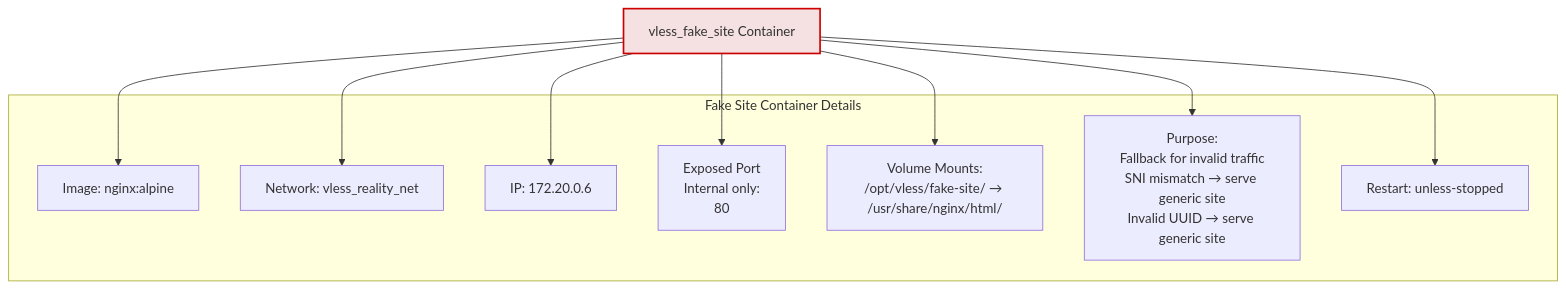
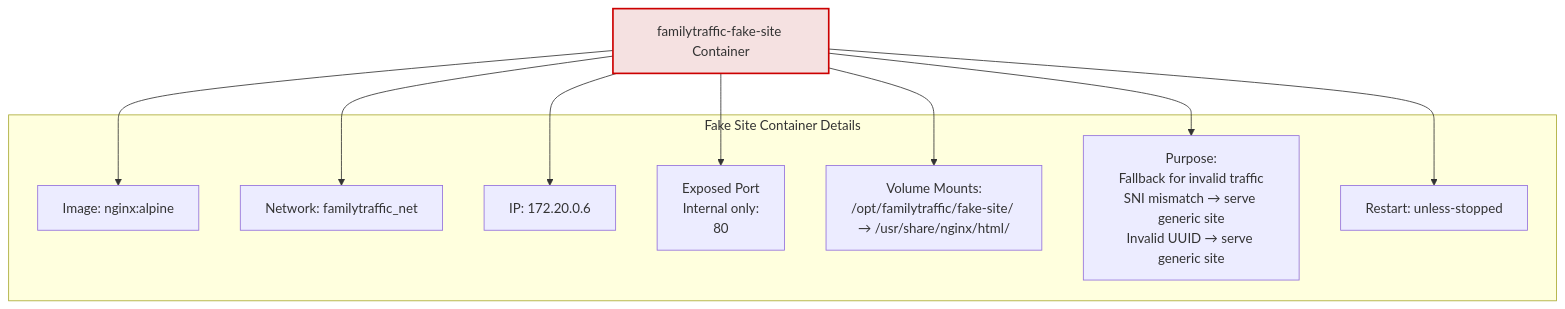
One commit to ikeniborn/vless changed the sixth of 10 diagrams in docs/architecture/diagrams/deployment/docker-topology.md. Above: the diagram before and after it, drawn with Mermaid. The commit also changed other lines of this file and 66 other files, not shown here.

First line of the commit message:
refactor(rename): replace old project name 'vless' with 'familytraffic'

````diff
--- a/docs/architecture/diagrams/deployment/docker-topology.md
+++ b/docs/architecture/diagrams/deployment/docker-topology.md
@@ -257,28 +257,28 @@
 ```mermaid
 graph TB
-    FakeSiteContainer[vless_fake_site Container]
+    FakeSiteContainer[familytraffic-fake-site Container]
 
     subgraph "Fake Site Container Details"
         Image[Image: nginx:alpine]
-        NetworkMode[Network: vless_reality_net]
+        NetworkMode[Network: familytraffic_net]
         IP[IP: 172.20.0.6]
 
         ExposedPort[Exposed Port<br/>Internal only:<br/>80]
 
-        Volumes[Volume Mounts:<br/>/opt/vless/fake-site/ → /usr/share/nginx/html/]
+        Volumes[Volume Mounts:<br/>/opt/familytraffic/fake-site/ → /usr/share/nginx/html/]
 
         Purpose[Purpose:<br/>Fallback for invalid traffic<br/>SNI mismatch → serve generic site<br/>Invalid UUID → serve generic site]
 
         Restart[Restart: unless-stopped]
     end
 
     FakeSiteContainer --> Image
     FakeSiteContainer --> NetworkMode
     FakeSiteContainer --> IP
     FakeSiteContainer --> ExposedPort
     FakeSiteContainer --> Volumes
     FakeSiteContainer --> Purpose
     FakeSiteContainer --> Restart
 
     style FakeSiteContainer fill:#f5e1e1,stroke:#cc0000,stroke-width:2px
 ```
````
